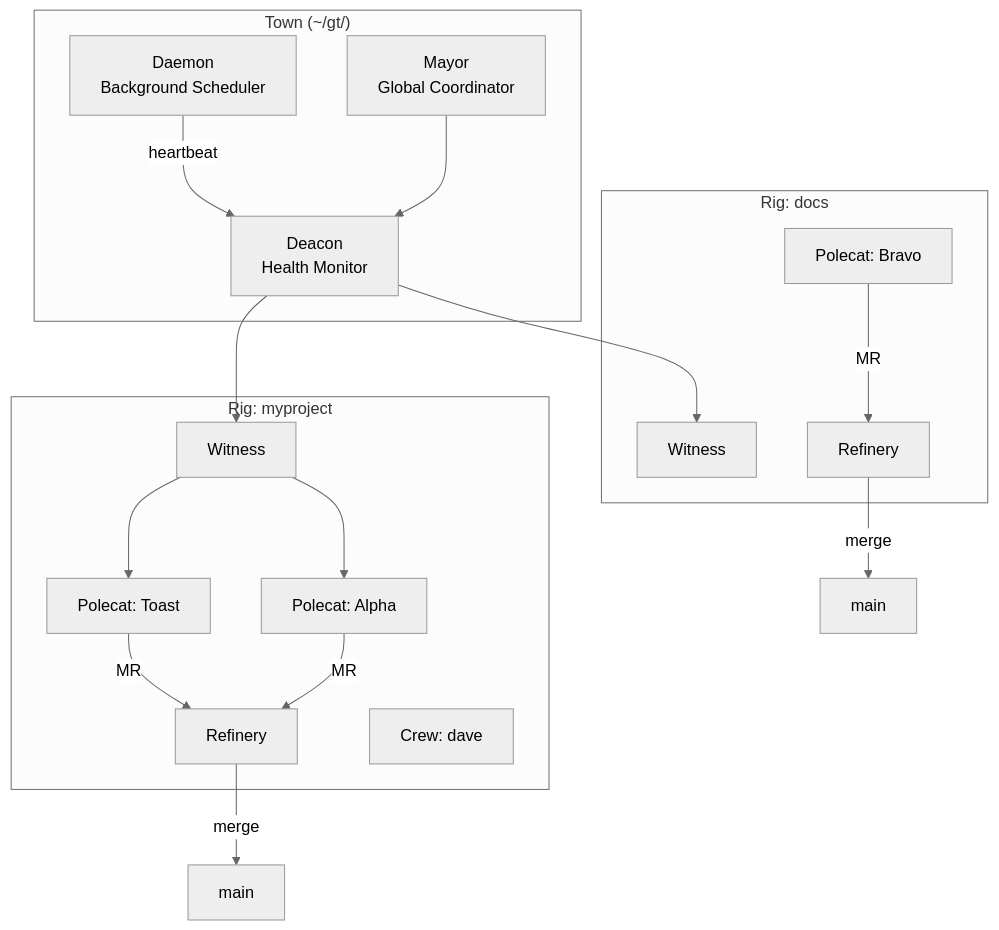
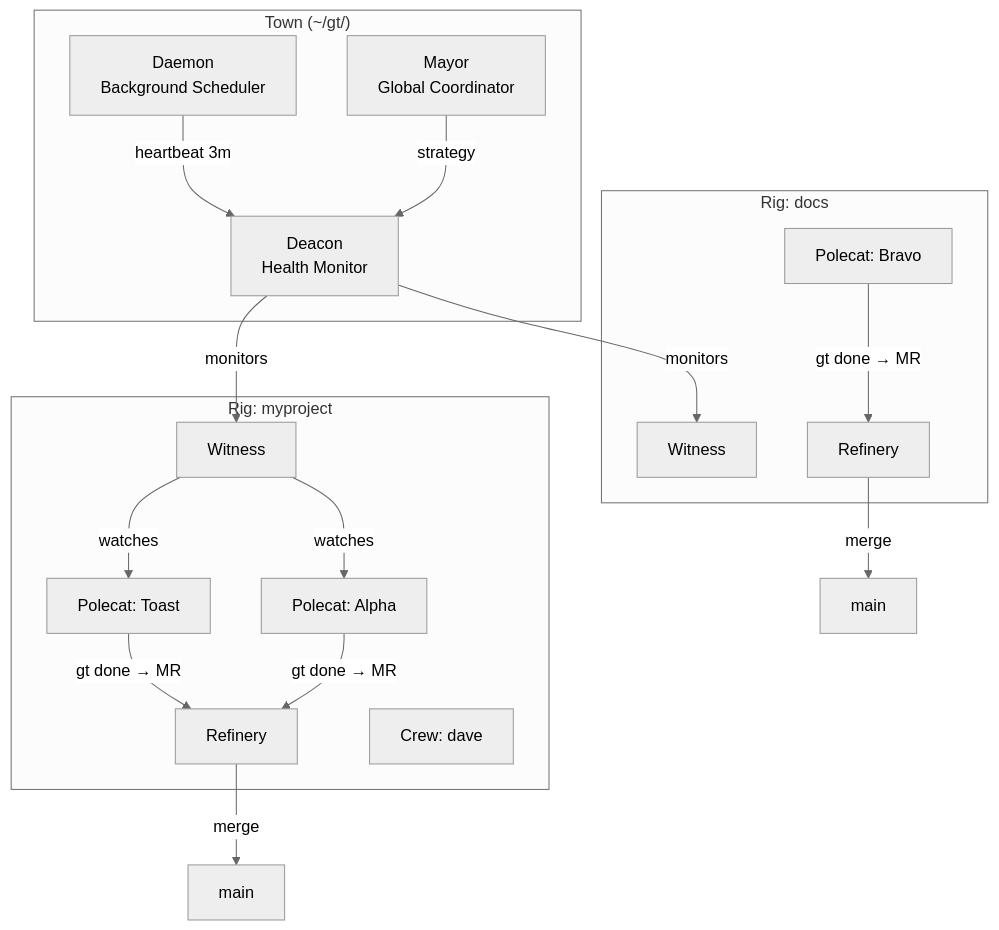
One commit to thanakijwanavit/gastown-docs changed the diagram in docs/architecture/index.md. Above: the diagram before and after it, drawn with Mermaid (neutral theme). The commit also changed 4 other files, not shown here.

First line of the commit message:
docs: review and fix Architecture section accuracy

````diff
--- a/docs/architecture/index.md
+++ b/docs/architecture/index.md
@@ -20,34 +20,34 @@
 ```mermaid
 graph TB
     subgraph Town ["Town (~/gt/)"]
         Mayor["Mayor<br/>Global Coordinator"]
         Deacon["Deacon<br/>Health Monitor"]
         Daemon["Daemon<br/>Background Scheduler"]
     end
 
     subgraph Rig1 ["Rig: myproject"]
         W1["Witness"]
         R1["Refinery"]
         P1a["Polecat: Toast"]
         P1b["Polecat: Alpha"]
         C1["Crew: dave"]
     end
 
     subgraph Rig2 ["Rig: docs"]
         W2["Witness"]
         R2["Refinery"]
         P2a["Polecat: Bravo"]
     end
 
-    Daemon -->|heartbeat| Deacon
-    Mayor --> Deacon
-    Deacon --> W1
-    Deacon --> W2
-    W1 --> P1a
-    W1 --> P1b
-    P1a -->|MR| R1
-    P1b -->|MR| R1
-    P2a -->|MR| R2
+    Daemon -->|heartbeat 3m| Deacon
+    Mayor -->|strategy| Deacon
+    Deacon -->|monitors| W1
+    Deacon -->|monitors| W2
+    W1 -->|watches| P1a
+    W1 -->|watches| P1b
+    P1a -->|gt done → MR| R1
+    P1b -->|gt done → MR| R1
+    P2a -->|gt done → MR| R2
     R1 -->|merge| Main1[main]
     R2 -->|merge| Main2[main]
 ```
````
